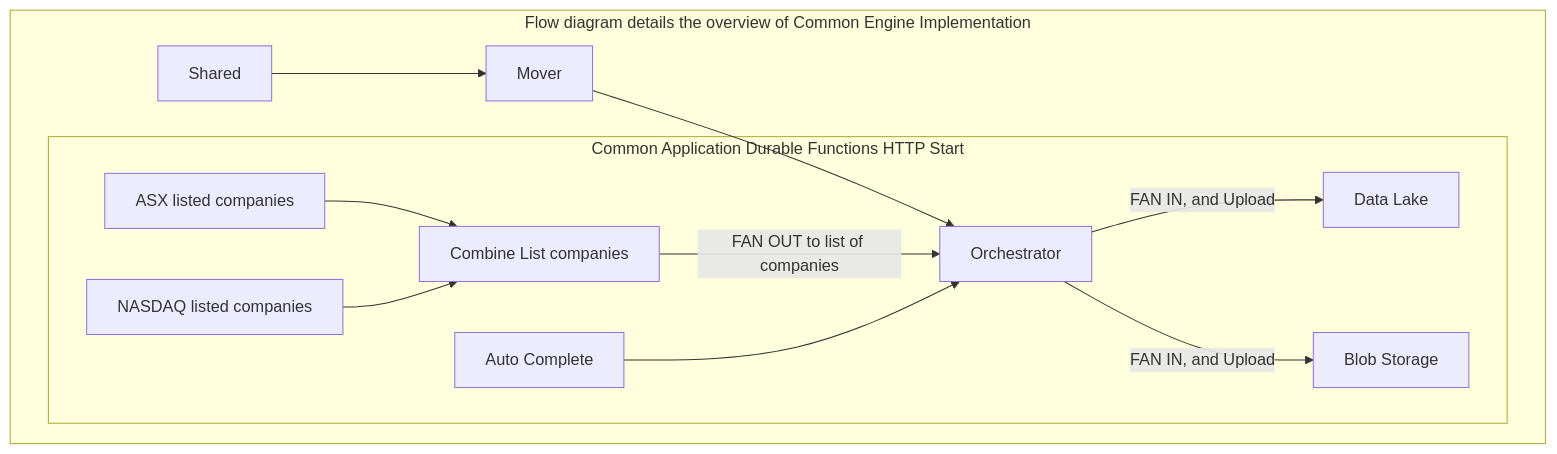
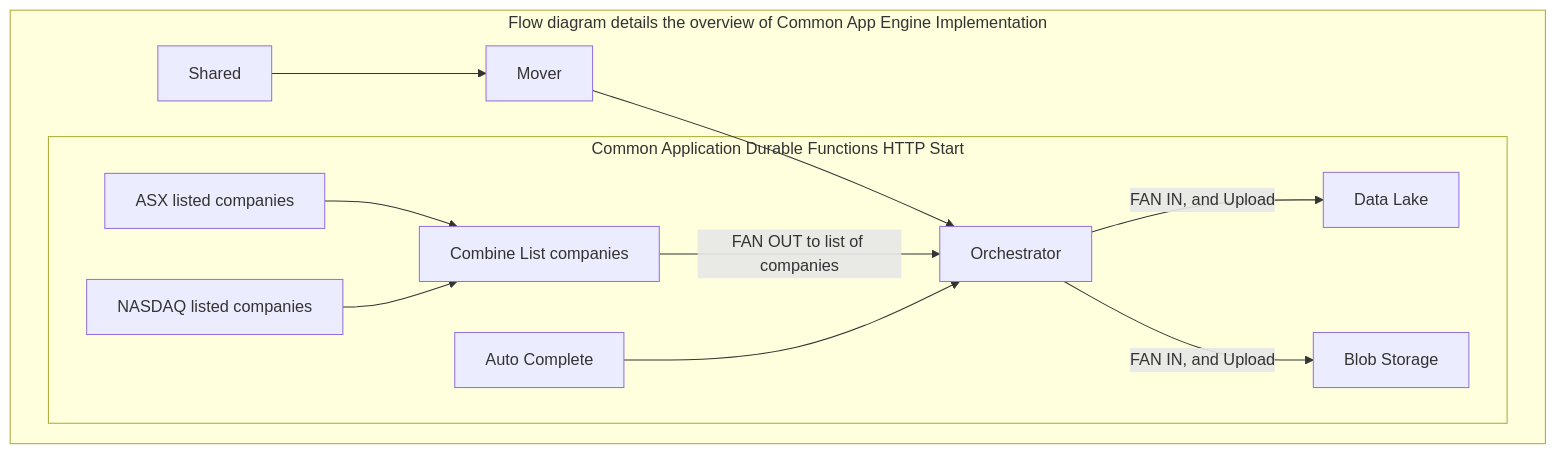
One commit to Market-Finance/commonApp changed the diagram in README.md. Above: the diagram before and after it, drawn with Mermaid.

Commit message:
doc exp cont..

````diff
--- a/README.md
+++ b/README.md
@@ -159,25 +159,25 @@
 ```mermaid
     flowchart TD
-    subgraph Flow diagram details the overview of Common Engine Implementation
+    subgraph Flow diagram details the overview of Common App Engine Implementation
             A[Auto Complete]
             BA[ASX listed companies]
             BB[NASDAQ listed companies]
             B[Combine List companies]
             D[Orchestrator]
             E[Mover]
             EA[Shared]
             F[Blob Storage]
             G[Data Lake]
             EA --> E
             E --> D
 
             subgraph Common Application Durable Functions HTTP Start
                 BA --> B
                 BB --> B
                 D -- FAN IN, and Upload --> G 
                 D -- FAN IN, and Upload --> F
                 B -- FAN OUT to list of companies --> D 
                 A --> D
                 end
             end    
 ```
````
